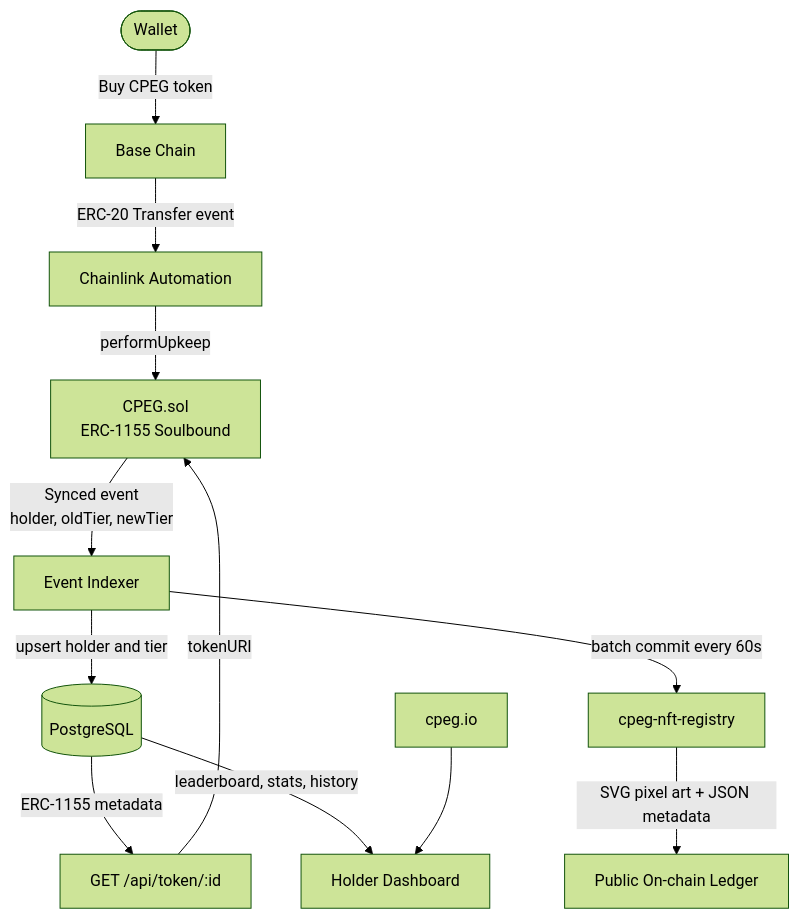
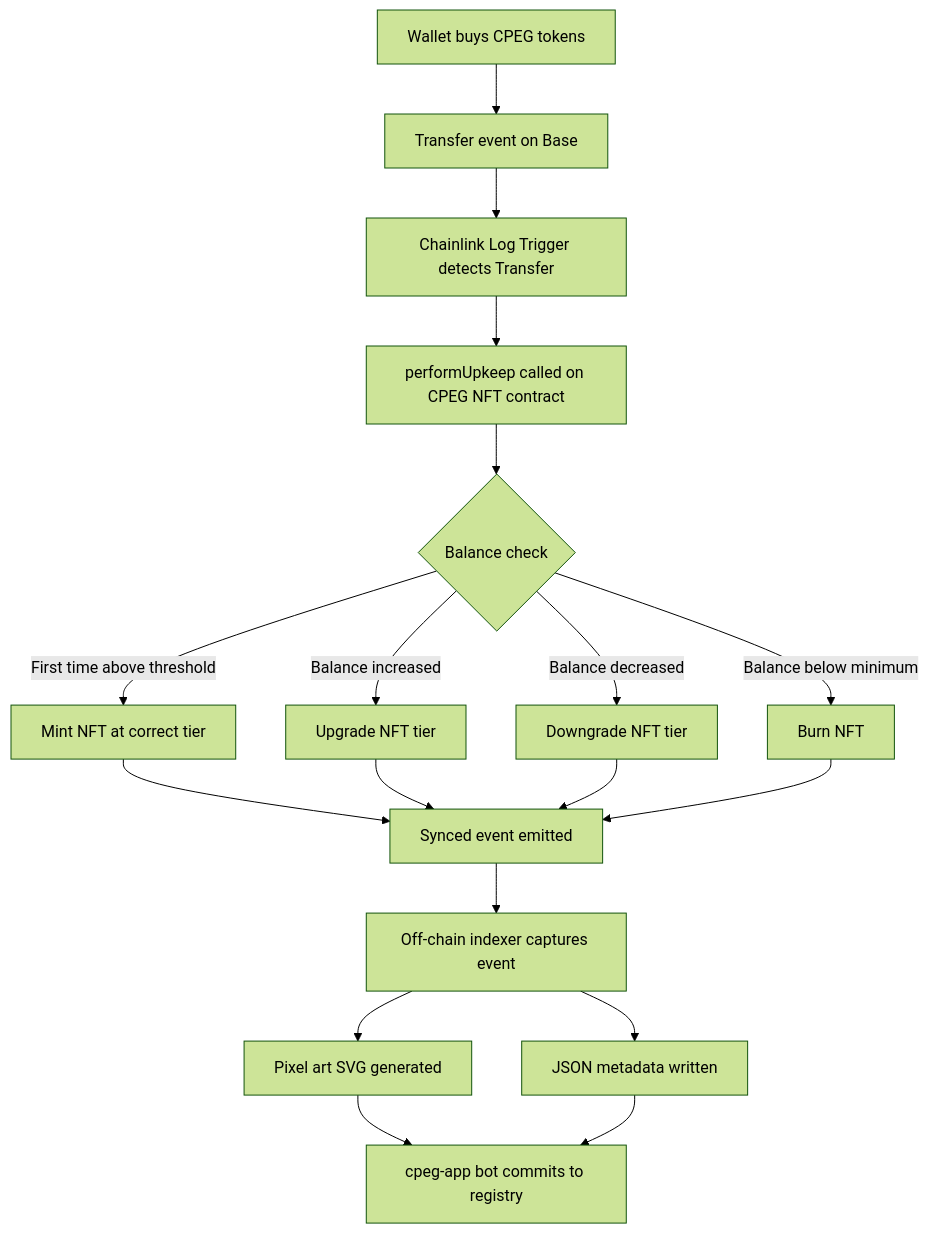
Before and after one commit to CPEG-Labs/.github: the diagram in profile/README.md, drawn with Mermaid (forest theme). The commit also changed other lines of this file, not shown here.

````diff
--- a/profile/README.md
+++ b/profile/README.md
@@ -11,14 +47,16 @@
 ```mermaid
-flowchart TD
-    User([Wallet]) -->|Buy CPEG token| Base[Base Chain]
-    Base -->|ERC-20 Transfer event| CL[Chainlink Automation]
-    CL -->|performUpkeep| Contract[CPEG.sol\nERC-1155 Soulbound]
-    Contract -->|Synced event\nholder, oldTier, newTier| Indexer[Event Indexer]
-    Indexer -->|upsert holder and tier| DB[(PostgreSQL)]
-    Indexer -->|batch commit every 60s| Registry[cpeg-nft-registry]
-    Registry -->|SVG pixel art + JSON metadata| Ledger[Public On-chain Ledger]
-    DB -->|ERC-1155 metadata| MetaAPI[GET /api/token/:id]
-    DB -->|leaderboard, stats, history| Dashboard[Holder Dashboard]
-    MetaAPI -->|tokenURI| Contract
-    Web[cpeg.io] --> Dashboard
+graph TD
+    A[Wallet buys CPEG tokens] --> B[Transfer event on Base]
+    B --> C[Chainlink Log Trigger detects Transfer]
+    C --> D[performUpkeep called on CPEG NFT contract]
+    D --> E{Balance check}
+    E -->|First time above threshold| F[Mint NFT at correct tier]
+    E -->|Balance increased| G[Upgrade NFT tier]
+    E -->|Balance decreased| H[Downgrade NFT tier]
+    E -->|Balance below minimum| I[Burn NFT]
+    F & G & H & I --> J[Synced event emitted]
+    J --> K[Off-chain indexer captures event]
+    K --> L[Pixel art SVG generated]
+    K --> M[JSON metadata written]
+    L & M --> N[cpeg-app bot commits to registry]
 ```
````
